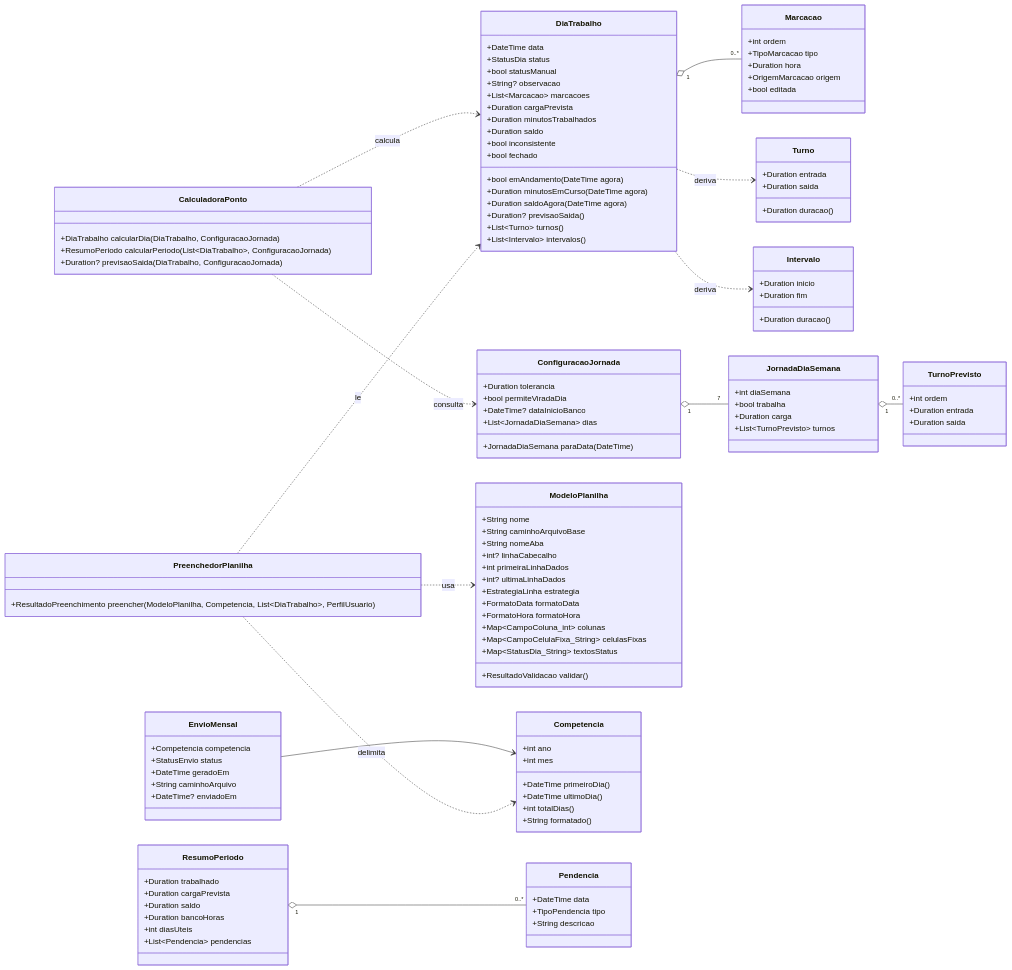
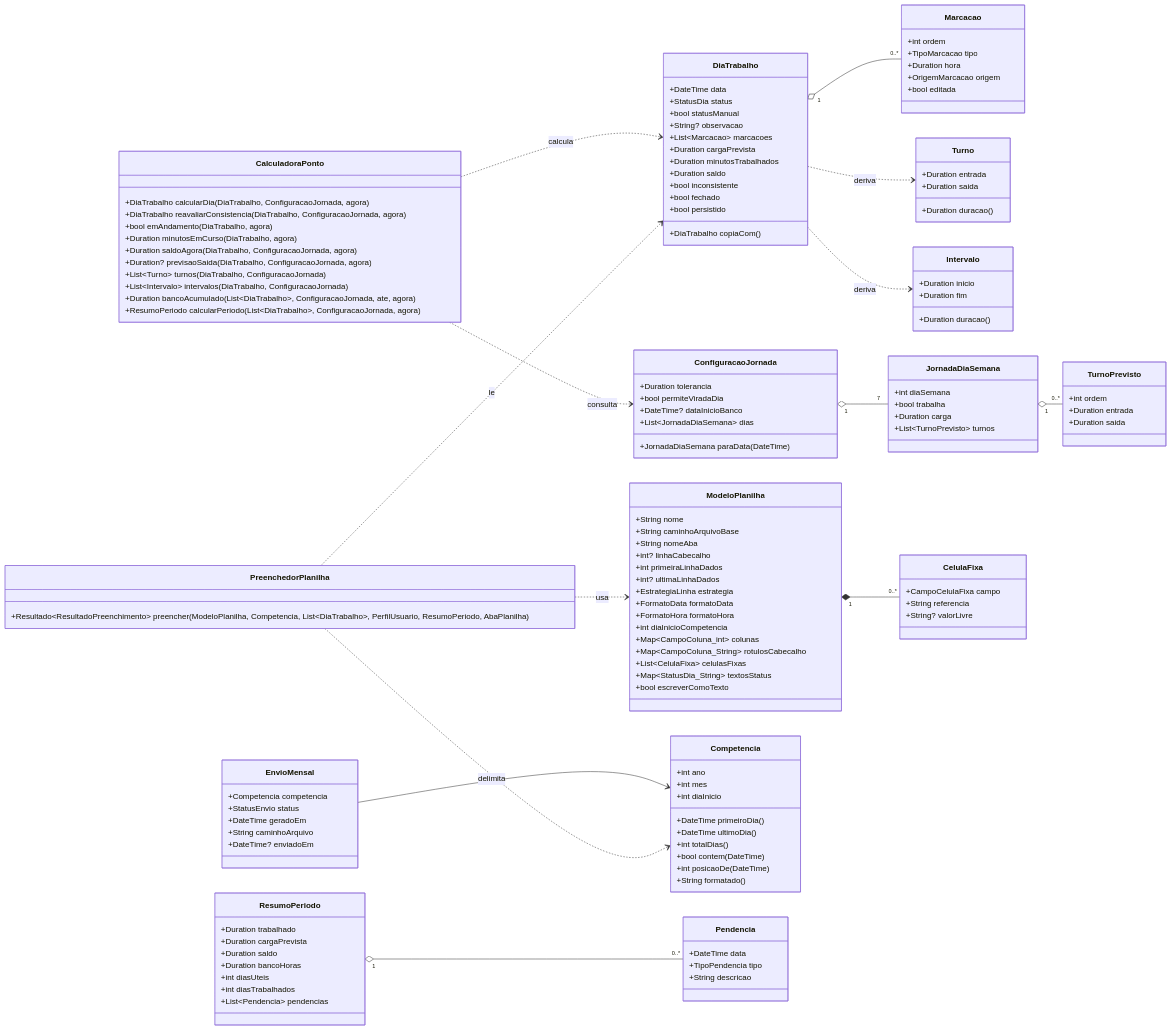
Before and after one commit to eduardlf/ponto_pj: the second of 2 diagrams in docs/06-modelo-de-dados.md, drawn with Mermaid. The commit also changed other lines of this file and 112 other files, not shown here.

```diff
--- a/docs/06-modelo-de-dados.md
+++ b/docs/06-modelo-de-dados.md
@@ -417,12 +419,8 @@
         +Duration saldo
         +bool inconsistente
         +bool fechado
-        +bool emAndamento(DateTime agora)
-        +Duration minutosEmCurso(DateTime agora)
-        +Duration saldoAgora(DateTime agora)
-        +Duration? previsaoSaida()
-        +List~Turno~ turnos()
-        +List~Intervalo~ intervalos()
+        +bool persistido
+        +DiaTrabalho copiaCom()
     }
 
     class Marcacao {
@@ -476,18 +474,29 @@
         +EstrategiaLinha estrategia
         +FormatoData formatoData
         +FormatoHora formatoHora
+        +int diaInicioCompetencia
         +Map~CampoColuna_int~ colunas
-        +Map~CampoCelulaFixa_String~ celulasFixas
+        +Map~CampoColuna_String~ rotulosCabecalho
+        +List~CelulaFixa~ celulasFixas
         +Map~StatusDia_String~ textosStatus
-        +ResultadoValidacao validar()
+        +bool escreverComoTexto
+    }
+
+    class CelulaFixa {
+        +CampoCelulaFixa campo
+        +String referencia
+        +String? valorLivre
     }
 
     class Competencia {
         +int ano
         +int mes
+        +int diaInicio
         +DateTime primeiroDia()
         +DateTime ultimoDia()
         +int totalDias()
+        +bool contem(DateTime)
+        +int posicaoDe(DateTime)
         +String formatado()
     }
 
@@ -497,6 +506,7 @@
         +Duration saldo
         +Duration bancoHoras
         +int diasUteis
+        +int diasTrabalhados
         +List~Pendencia~ pendencias
     }
 
@@ -515,13 +525,20 @@
     }
 
     class CalculadoraPonto {
-        +DiaTrabalho calcularDia(DiaTrabalho, ConfiguracaoJornada)
-        +ResumoPeriodo calcularPeriodo(List~DiaTrabalho~, ConfiguracaoJornada)
-        +Duration? previsaoSaida(DiaTrabalho, ConfiguracaoJornada)
+        +DiaTrabalho calcularDia(DiaTrabalho, ConfiguracaoJornada, agora)
+        +DiaTrabalho reavaliarConsistencia(DiaTrabalho, ConfiguracaoJornada, agora)
+        +bool emAndamento(DiaTrabalho, agora)
+        +Duration minutosEmCurso(DiaTrabalho, agora)
+        +Duration saldoAgora(DiaTrabalho, ConfiguracaoJornada, agora)
+        +Duration? previsaoSaida(DiaTrabalho, ConfiguracaoJornada, agora)
+        +List~Turno~ turnos(DiaTrabalho, ConfiguracaoJornada)
+        +List~Intervalo~ intervalos(DiaTrabalho, ConfiguracaoJornada)
+        +Duration bancoAcumulado(List~DiaTrabalho~, ConfiguracaoJornada, ate, agora)
+        +ResumoPeriodo calcularPeriodo(List~DiaTrabalho~, ConfiguracaoJornada, agora)
     }
 
     class PreenchedorPlanilha {
-        +ResultadoPreenchimento preencher(ModeloPlanilha, Competencia, List~DiaTrabalho~, PerfilUsuario)
+        +Resultado~ResultadoPreenchimento~ preencher(ModeloPlanilha, Competencia, List~DiaTrabalho~, PerfilUsuario, ResumoPeriodo, AbaPlanilha)
     }
 
     DiaTrabalho "1" o-- "0..*" Marcacao
@@ -529,6 +546,7 @@
     DiaTrabalho ..> Intervalo : deriva
     ConfiguracaoJornada "1" o-- "7" JornadaDiaSemana
     JornadaDiaSemana "1" o-- "0..*" TurnoPrevisto
+    ModeloPlanilha "1" *-- "0..*" CelulaFixa
     ResumoPeriodo "1" o-- "0..*" Pendencia
     EnvioMensal --> Competencia
     CalculadoraPonto ..> DiaTrabalho : calcula
```
